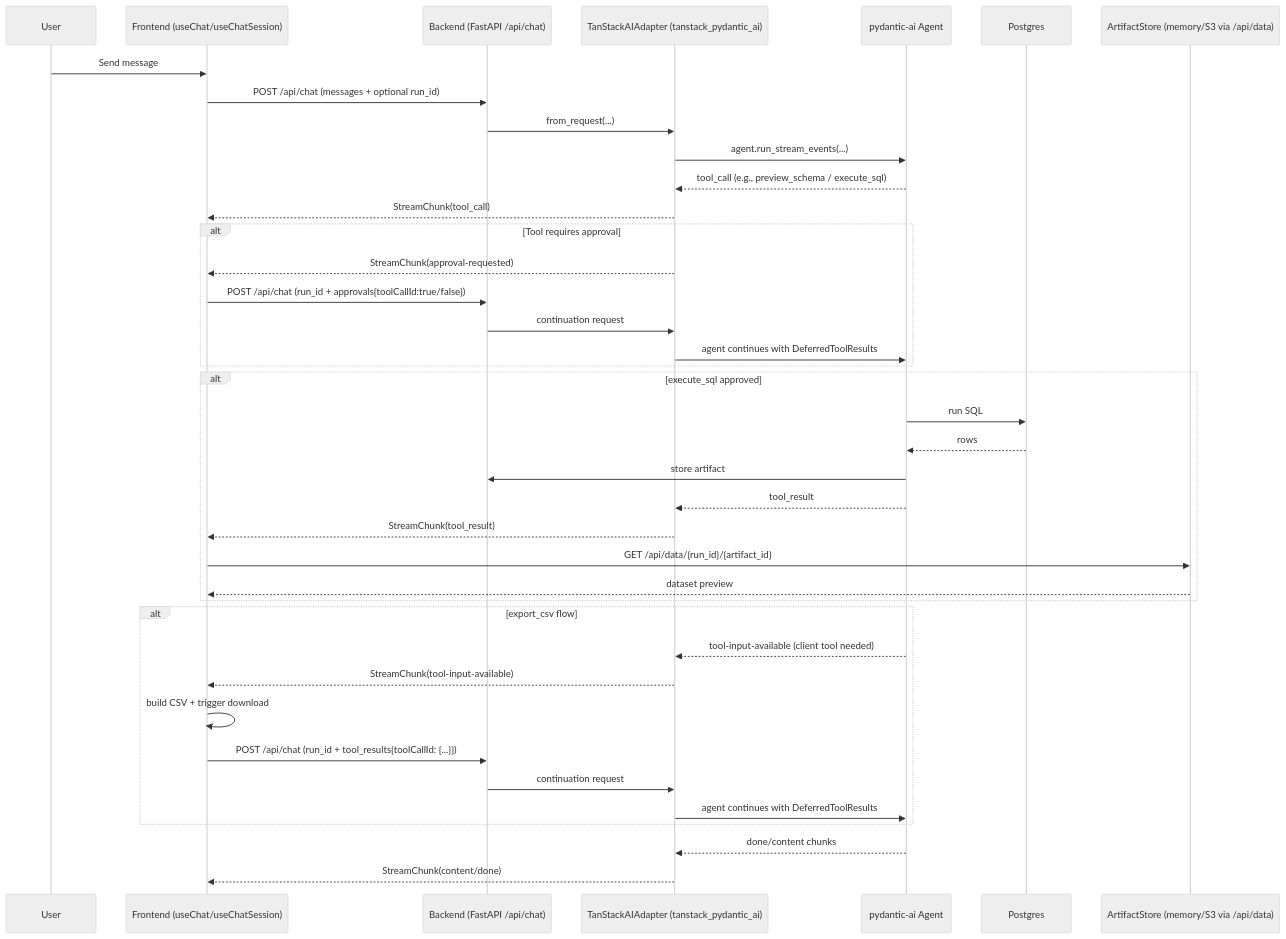
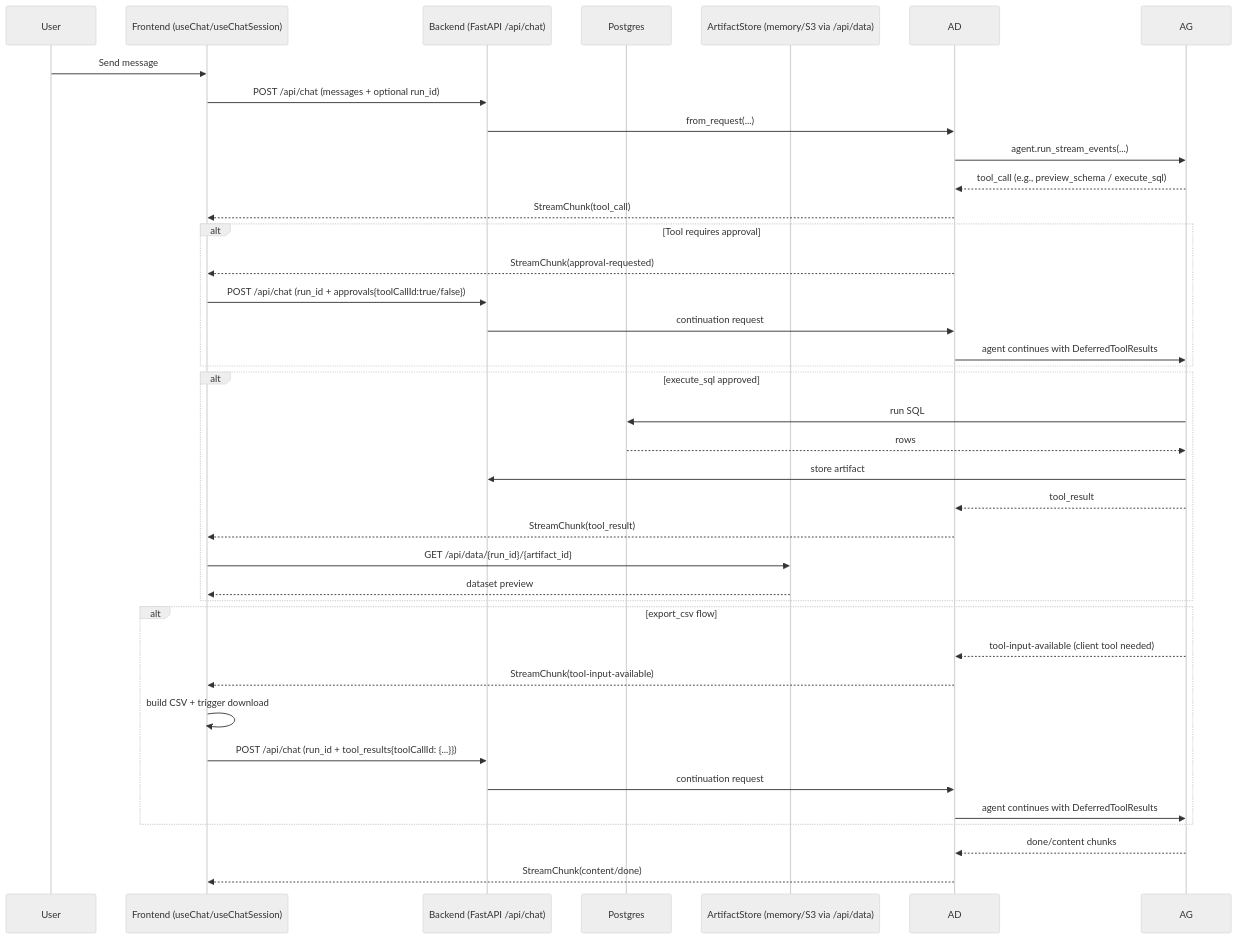
Before and after one commit to kzinmr/tanstack-ai-adk: the diagram in happy-path.md, drawn with Mermaid (neutral theme). The commit also changed 16 other files, not shown here.

````diff
--- a/happy-path.md
+++ b/happy-path.md
@@ -1,47 +1,45 @@
 ```mermaid
 sequenceDiagram
   participant U as User
   participant FE as Frontend (useChat/useChatSession)
   participant BE as Backend (FastAPI /api/chat)
-  participant AD as TanStackAIAdapter (tanstack_pydantic_ai)
-  participant AG as pydantic-ai Agent
   participant DB as Postgres
   participant AS as ArtifactStore (memory/S3 via /api/data)
 
   U->>FE: Send message
   FE->>BE: POST /api/chat (messages + optional run_id)
   BE->>AD: from_request(...)
   AD->>AG: agent.run_stream_events(...)
 
   AG-->>AD: tool_call (e.g., preview_schema / execute_sql)
   AD-->>FE: StreamChunk(tool_call)
 
   alt Tool requires approval
     AD-->>FE: StreamChunk(approval-requested)
     FE->>BE: POST /api/chat (run_id + approvals{toolCallId:true/false})
     BE->>AD: continuation request
     AD->>AG: agent continues with DeferredToolResults
   end
 
   alt execute_sql approved
     AG->>DB: run SQL
     DB-->>AG: rows
     AG->>BE: store artifact
     AG-->>AD: tool_result
     AD-->>FE: StreamChunk(tool_result)
     FE->>AS: GET /api/data/{run_id}/{artifact_id}
     AS-->>FE: dataset preview
   end
 
   alt export_csv flow
     AG-->>AD: tool-input-available (client tool needed)
     AD-->>FE: StreamChunk(tool-input-available)
     FE->>FE: build CSV + trigger download
     FE->>BE: POST /api/chat (run_id + tool_results{toolCallId: {...}})
     BE->>AD: continuation request
     AD->>AG: agent continues with DeferredToolResults
   end
 
   AG-->>AD: done/content chunks
   AD-->>FE: StreamChunk(content/done)
 ```
````
